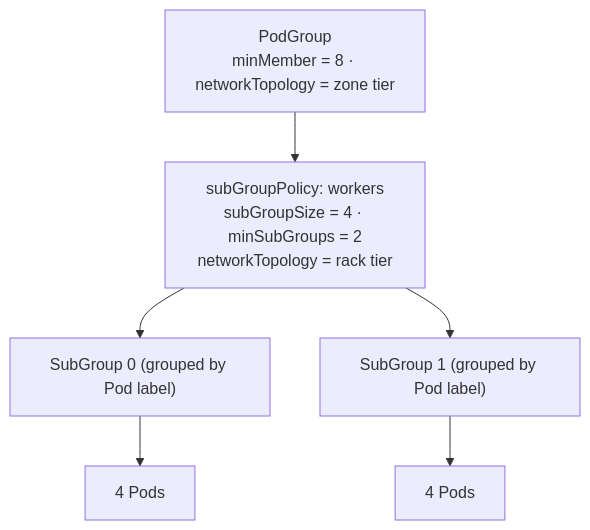
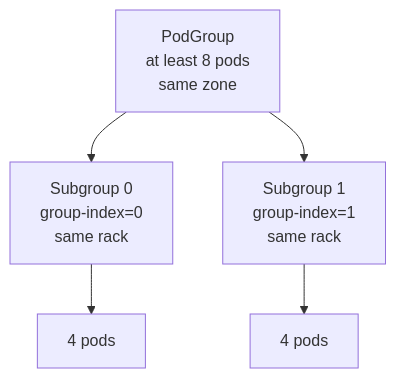
Before and after one commit to JesseStutler/volcano: the seventh of 13 diagrams in docs/research/k8s-workload-aware-scheduling-vs-volcano.md, drawn with Mermaid. The commit also changed other lines of this file and 1 other file, not shown here.

First line of the commit message:
docs: rewrite the upstream PodGroup comparison for readability

````diff
--- a/docs/research/k8s-workload-aware-scheduling-vs-volcano.md
+++ b/docs/research/k8s-workload-aware-scheduling-vs-volcano.md
@@ -319,13 +333,10 @@
 ```mermaid
 flowchart TD
-    VPG["PodGroup<br/>minMember = 8 · networkTopology = zone tier"]
-    Pol["subGroupPolicy: workers<br/>subGroupSize = 4 · minSubGroups = 2<br/>networkTopology = rack tier"]
-    S0["SubGroup 0 (grouped by Pod label)"]
-    S1["SubGroup 1 (grouped by Pod label)"]
-
-    VPG --> Pol
-    Pol --> S0
-    Pol --> S1
-    S0 --> P0["4 Pods"]
-    S1 --> P1["4 Pods"]
+    VPG["PodGroup<br/>at least 8 pods<br/>same zone"]
+    S0["Subgroup 0<br/>group-index=0<br/>same rack"]
+    S1["Subgroup 1<br/>group-index=1<br/>same rack"]
+    VPG --> S0
+    VPG --> S1
+    S0 --> VP0["4 pods"]
+    S1 --> VP1["4 pods"]
 ```
````
